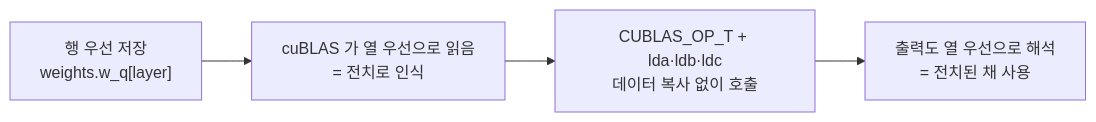
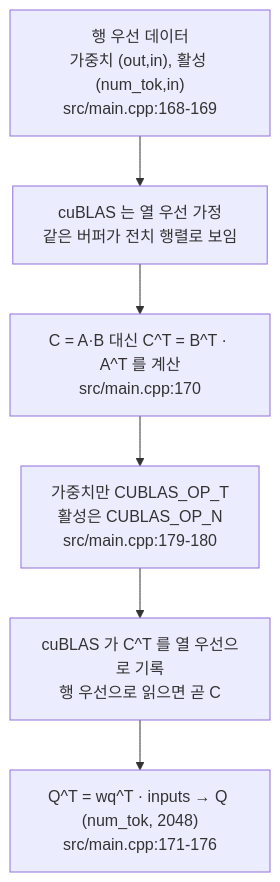
One commit to ryujaehun/ryujaehun.github.io changed the diagram in data/code-series/jmaczan--tiny-vllm/articles/ko-04.md. Above: the diagram before and after it, drawn with Mermaid. The commit also changed other lines of this file and 14 other files, not shown here.

````diff
--- a/data/code-series/jmaczan--tiny-vllm/articles/ko-04.md
+++ b/data/code-series/jmaczan--tiny-vllm/articles/ko-04.md
@@ -49,6 +191,8 @@
 ```mermaid
-flowchart LR
-    A["행 우선 저장<br/>weights.w_q[layer]"] --> B["cuBLAS 가 열 우선으로 읽음<br/>= 전치로 인식"]
-    B --> C["CUBLAS_OP_T + lda·ldb·ldc<br/>데이터 복사 없이 호출"]
-    C --> D["출력도 열 우선으로 해석<br/>= 전치된 채 사용"]
+flowchart TD
+    A["행 우선 데이터<br/>가중치 (out,in), 활성 (num_tok,in)<br/>src/main.cpp:168-169"] --> B["cuBLAS 는 열 우선 가정<br/>같은 버퍼가 전치 행렬로 보임"]
+    B --> C["C = A·B 대신 C^T = B^T · A^T 를 계산<br/>src/main.cpp:170"]
+    C --> D["가중치만 CUBLAS_OP_T<br/>활성은 CUBLAS_OP_N<br/>src/main.cpp:179-180"]
+    D --> E["cuBLAS 가 C^T 를 열 우선으로 기록<br/>행 우선으로 읽으면 곧 C"]
+    E --> F["Q^T = wq^T · inputs → Q (num_tok, 2048)<br/>src/main.cpp:171-176"]
 ```
````
